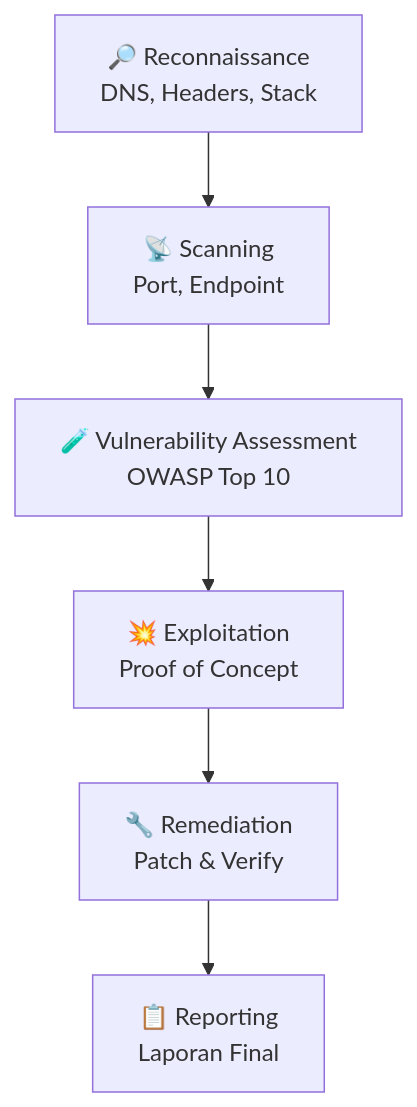
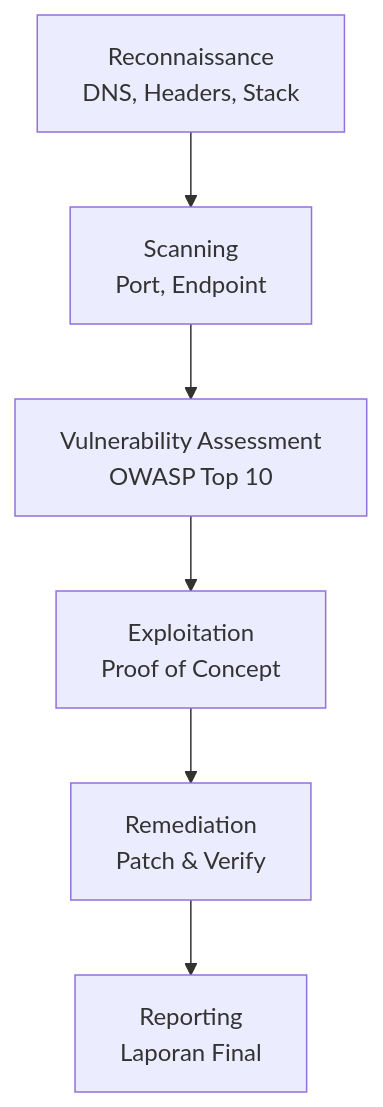
The first of 7 diagrams in docs/laporan_pentest_jdih.md (diskonnekted/jdih), drawn with Mermaid before and after one commit. The commit also changed other lines of this file and 2 other files, not shown here.

First line of the commit message:
docs: hapus semua emoji dari laporan MD (clean text only)

````diff
--- a/docs/laporan_pentest_jdih.md
+++ b/docs/laporan_pentest_jdih.md
@@ -31,8 +31,8 @@
 ```mermaid
 flowchart TD
-    A["🔎 Reconnaissance\nDNS, Headers, Stack"] --> B["📡 Scanning\nPort, Endpoint"]
-    B --> C["🧪 Vulnerability Assessment\nOWASP Top 10"]
-    C --> D["💥 Exploitation\nProof of Concept"]
-    D --> E["🔧 Remediation\nPatch & Verify"]
-    E --> F["📋 Reporting\nLaporan Final"]
+    A["Reconnaissance\nDNS, Headers, Stack"] --> B["Scanning\nPort, Endpoint"]
+    B --> C["Vulnerability Assessment\nOWASP Top 10"]
+    C --> D["Exploitation\nProof of Concept"]
+    D --> E["Remediation\nPatch & Verify"]
+    E --> F["Reporting\nLaporan Final"]
 ```
````
